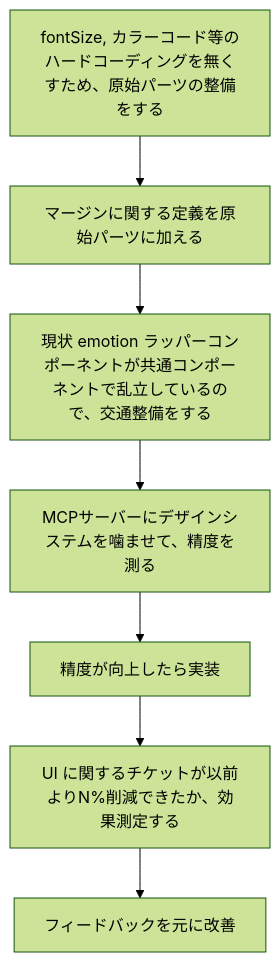
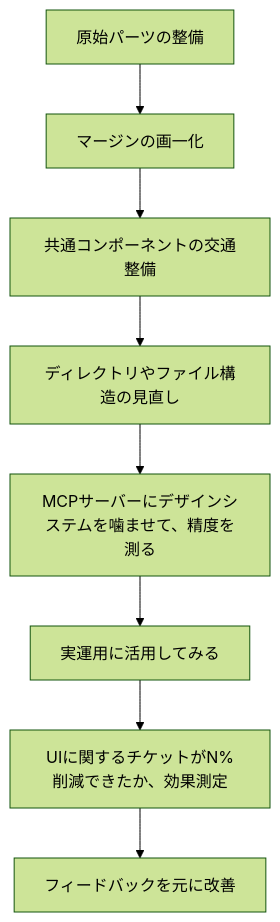
The first of 2 diagrams in articles/design-system-for-what.md (Kojiro-schatten/zenn), drawn with Mermaid (forest theme) before and after one commit. The commit also changed other lines of this file, not shown here.

````diff
--- a/articles/design-system-for-what.md
+++ b/articles/design-system-for-what.md
@@ -54,10 +54,11 @@
 ```mermaid
 graph TD
-    A[fontSize, カラーコード等のハードコーディングを無くすため、原始パーツの整備をする] --> B[マージンに関する定義を原始パーツに加える]
-    B --> C[現状 emotion ラッパーコンポーネントが共通コンポーネントで乱立しているので、交通整備をする]
-    C --> D[MCPサーバーにデザインシステムを噛ませて、精度を測る]
-    D --> E[精度が向上したら実装]
-    E --> F[UI に関するチケットが以前よりN%削減できたか、効果測定する]
-    F --> G[フィードバックを元に改善]
+    A[原始パーツの整備] --> B[マージンの画一化]
+    B --> C[共通コンポーネントの交通整備]
+    C --> D[ディレクトリやファイル構造の見直し]
+    D --> E[MCPサーバーにデザインシステムを噛ませて、精度を測る]
+    E --> F[実運用に活用してみる]
+    F --> G[UIに関するチケットがN%削減できたか、効果測定]
+    G --> H[フィードバックを元に改善]
 
 ```
````
